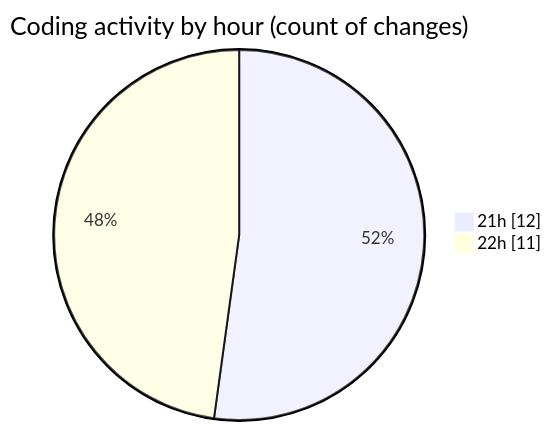
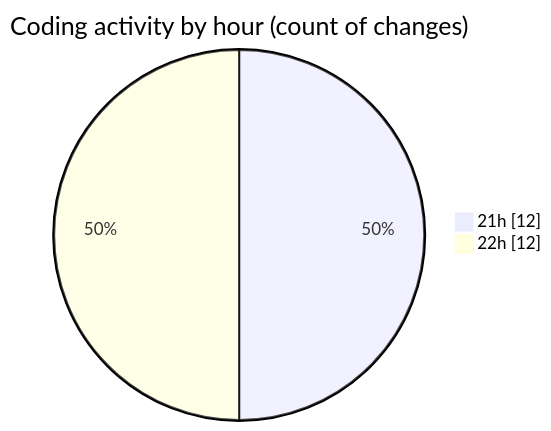
The second of 2 diagrams in 2025-03-08/elitesgpt/README.md (Elitesun/code-tracking), drawn with Mermaid before and after one commit. The commit also changed other lines of this file and 1 other file, not shown here.

````diff
--- a/2025-03-08/elitesgpt/README.md
+++ b/2025-03-08/elitesgpt/README.md
@@ -30,6 +30,6 @@
 ```mermaid
 pie showData
 title Coding activity by hour (count of changes)
 "21h" : 12
-"22h" : 11
+"22h" : 12
 ```
````
